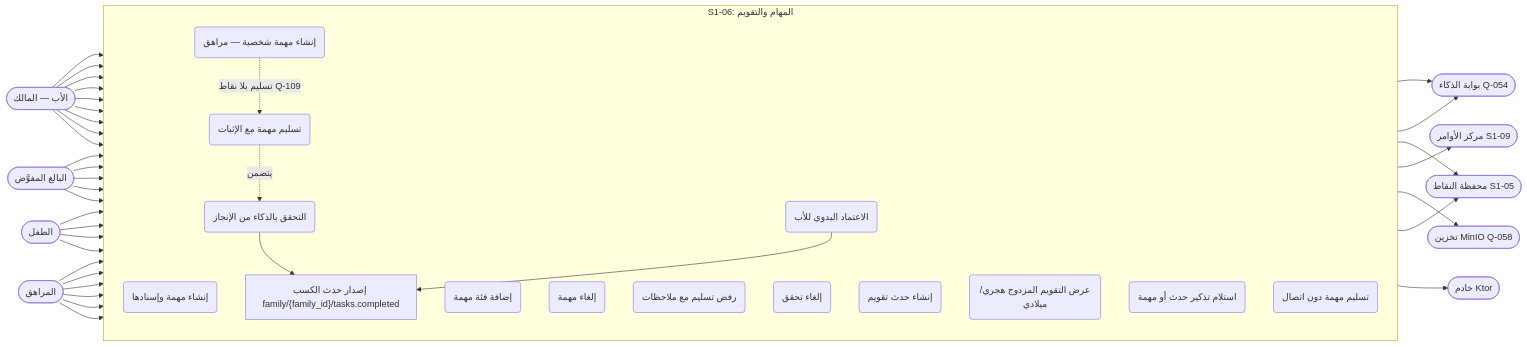
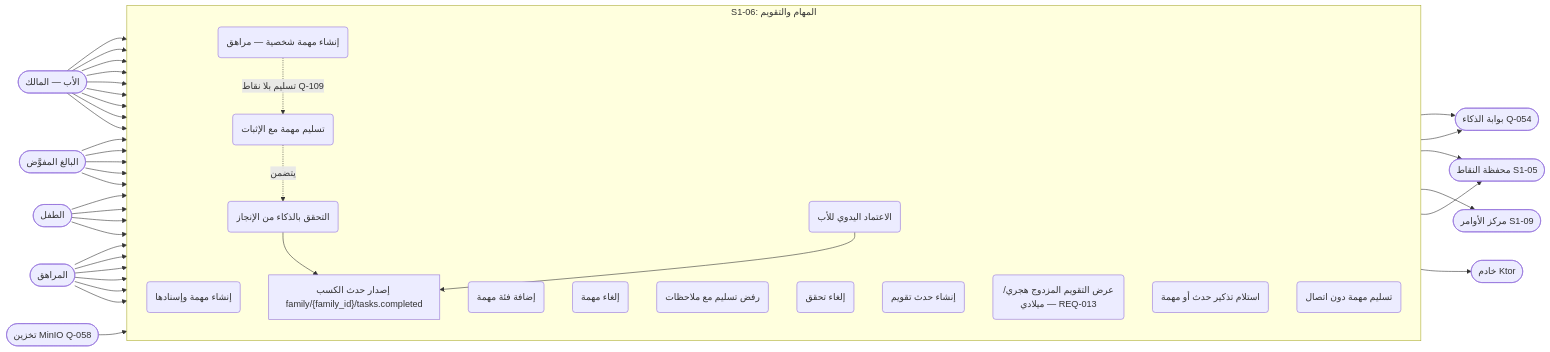
The first of 12 diagrams in docs/family-os/governance/phases/phase-1/S1-06-tasks-and-calendar/DIAGRAMS.md (Bassam-mohammed-alqaeadi/family-os-v2), drawn with Mermaid before and after one commit. The commit also changed other lines of this file, not shown here.

Commit message:
S1-06 DIAGRAMS: إصلاحات D-2 — Q-282 تفعيل التكرار صراحةً في 3-هـ؛ version في ERD (task + calendar_event)؛ Q-253 عواقب الإلغاء + فرع إلغاء في §6؛ 3-ب مخزن الإثبات؛ 3-ج بديل الرفض يتفرع من التحقق + اعتماد الأب داخله؛ MinIO --> UC5؛ أوسمة REQ-003/011/012/013

````diff
--- a/docs/family-os/governance/phases/phase-1/S1-06-tasks-and-calendar/DIAGRAMS.md
+++ b/docs/family-os/governance/phases/phase-1/S1-06-tasks-and-calendar/DIAGRAMS.md
@@ -14,66 +14,66 @@
 ```mermaid
 flowchart LR
     Father([الأب — المالك])
     Adult([البالغ المفوَّض])
     Child([الطفل])
     Teen([المراهق])
     AI([بوابة الذكاء Q-054])
     Server([خادم Ktor])
     S105([محفظة النقاط S1-05])
     S109([مركز الأوامر S1-09])
     MinIO([تخزين MinIO Q-058])
 
     subgraph S106 [S1-06: المهام والتقويم]
         direction TB
         UC1(إنشاء مهمة وإسنادها)
         UC2(إضافة فئة مهمة)
         UC3(إلغاء مهمة)
         UC4(تسليم مهمة مع الإثبات)
         UC5(التحقق بالذكاء من الإنجاز)
         UC6(الاعتماد اليدوي للأب)
         UC7(رفض تسليم مع ملاحظات)
         UC8(إلغاء تحقق)
         UC9(إنشاء حدث تقويم)
-        UC10(عرض التقويم المزدوج هجري/ميلادي)
+        UC10(عرض التقويم المزدوج هجري/ميلادي — REQ-013)
         UC11(استلام تذكير حدث أو مهمة)
         UC12(إنشاء مهمة شخصية — مراهق)
         UC13(تسليم مهمة دون اتصال)
         UC14["إصدار حدث الكسب family/{family_id}/tasks.completed"]
     end
 
     Father --> UC1
     Father --> UC2
     Father --> UC3
     Father --> UC6
     Father --> UC7
     Father --> UC8
     Father --> UC9
     Adult --> UC1
     Adult --> UC3
     Adult --> UC6
     Adult --> UC9
     Child --> UC4
     Child --> UC10
     Child --> UC11
     Child --> UC13
     Teen --> UC4
     Teen --> UC10
     Teen --> UC11
     Teen --> UC12
     Teen --> UC13
     Teen --> UC3
     Father --> UC10
     Father --> UC11
     Adult --> UC10
     UC4 -.->|يتضمن| UC5
     UC4 --> AI
     UC5 --> AI
     UC5 --> UC14
     UC6 --> UC14
     UC14 --> S105
     UC4 --> S109
-    UC5 --> MinIO
+    MinIO --> UC5
     UC8 --> S105
     UC13 --> Server
     UC12 -.->|تسليم بلا نقاط Q-109| UC4
 ```
````
